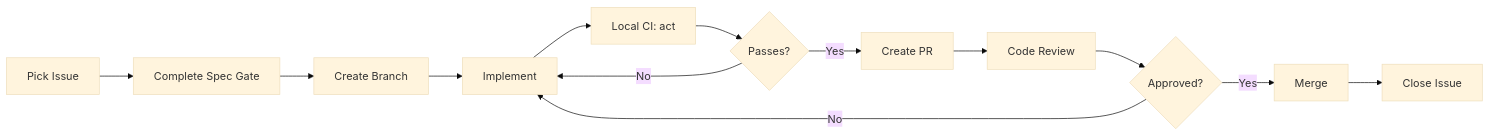
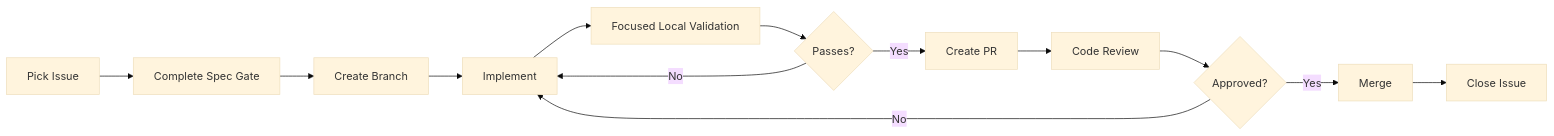
Before and after one commit to DevelopersCoffee/airo: the diagram in docs/agents/SDLC.md, drawn with Mermaid (base theme). The commit also changed other lines of this file and 3 other files, not shown here.

````diff
--- a/docs/agents/SDLC.md
+++ b/docs/agents/SDLC.md
@@ -35,15 +35,15 @@
 ```mermaid
 graph LR
     A[Pick Issue] --> B[Complete Spec Gate]
     B --> C[Create Branch]
     C --> D[Implement]
-    D --> E[Local CI: act]
+    D --> E[Focused Local Validation]
     E --> F{Passes?}
     F -->|No| D
     F -->|Yes| G[Create PR]
     G --> H[Code Review]
     H --> I{Approved?}
     I -->|No| D
     I -->|Yes| J[Merge]
     J --> K[Close Issue]
 ```
````
